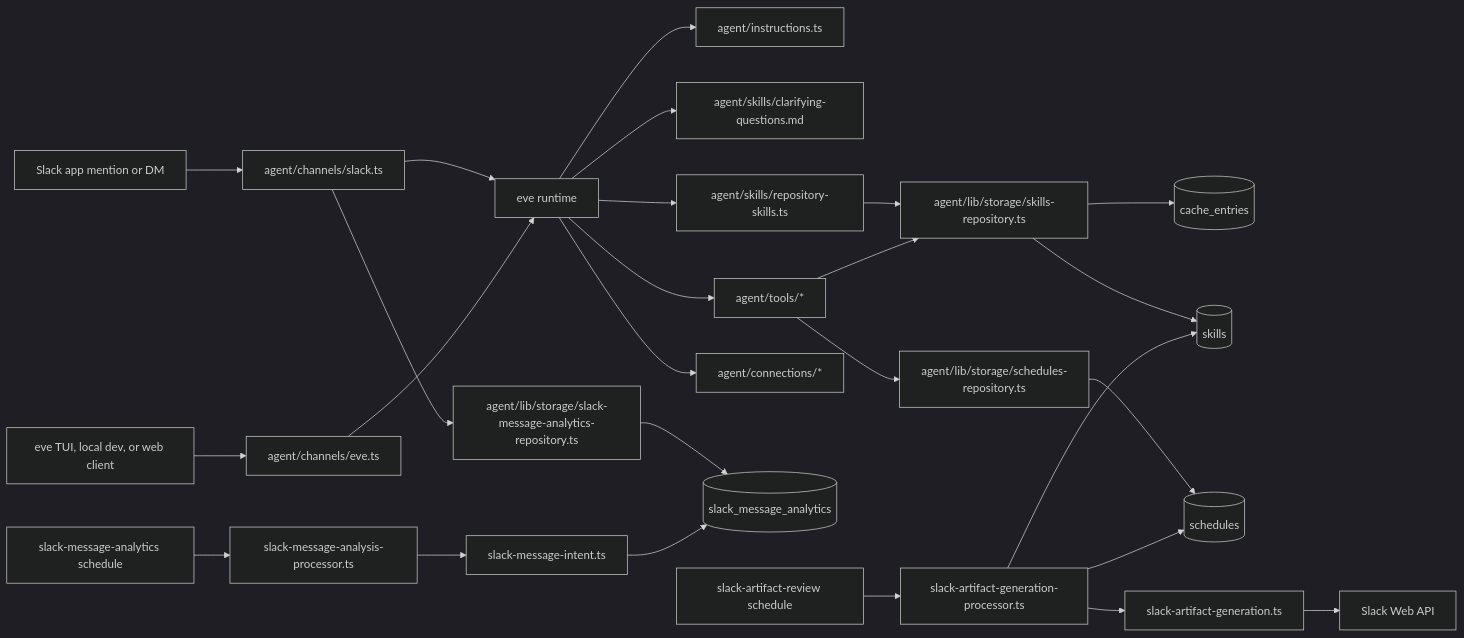
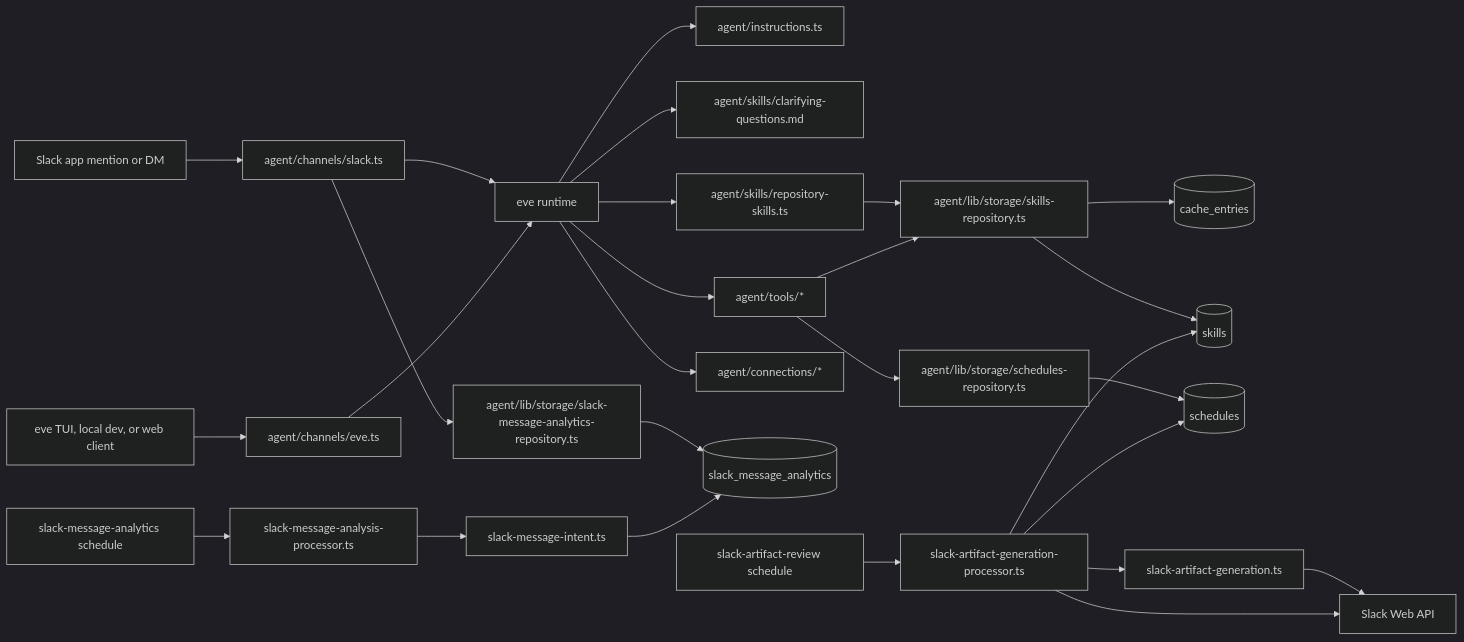
Before and after one commit to GorobVictor/slack-ai-agent-eve: the first of 5 diagrams in README.md, drawn with Mermaid (dark theme). The commit also changed other lines of this file and 1 other file, not shown here.

First line of the commit message:
ref: document artifact success notifications

````diff
--- a/README.md
+++ b/README.md
@@ -69,34 +69,35 @@
 ```mermaid
 flowchart LR
   Slack[Slack app mention or DM] --> SlackChannel[agent/channels/slack.ts]
   EveClient[eve TUI, local dev, or web client] --> EveChannel[agent/channels/eve.ts]
 
   SlackChannel --> EveRuntime[eve runtime]
   EveChannel --> EveRuntime
 
   EveRuntime --> Instructions[agent/instructions.ts]
   EveRuntime --> StaticSkill[agent/skills/clarifying-questions.md]
   EveRuntime --> DynamicSkills[agent/skills/repository-skills.ts]
   EveRuntime --> Tools[agent/tools/*]
   EveRuntime --> Connections[agent/connections/*]
 
   DynamicSkills --> SkillsRepo[agent/lib/storage/skills-repository.ts]
   Tools --> SkillsRepo
   SkillsRepo --> Cache[(cache_entries)]
   SkillsRepo --> Skills[(skills)]
   Tools --> SchedulesRepo[agent/lib/storage/schedules-repository.ts]
   SchedulesRepo --> Schedules[(schedules)]
 
   SlackChannel --> AnalyticsRepo[agent/lib/storage/slack-message-analytics-repository.ts]
   AnalyticsRepo --> SlackAnalytics[(slack_message_analytics)]
 
   ScheduleA[slack-message-analytics schedule] --> AnalyticsProcessor[slack-message-analysis-processor.ts]
   AnalyticsProcessor --> IntentModel[slack-message-intent.ts]
   IntentModel --> SlackAnalytics
 
   ScheduleB[slack-artifact-review schedule] --> ArtifactProcessor[slack-artifact-generation-processor.ts]
   ArtifactProcessor --> ArtifactModel[slack-artifact-generation.ts]
   ArtifactModel --> SlackAPI[Slack Web API]
+  ArtifactProcessor --> SlackAPI
   ArtifactProcessor --> Skills
   ArtifactProcessor --> Schedules
 ```
````
